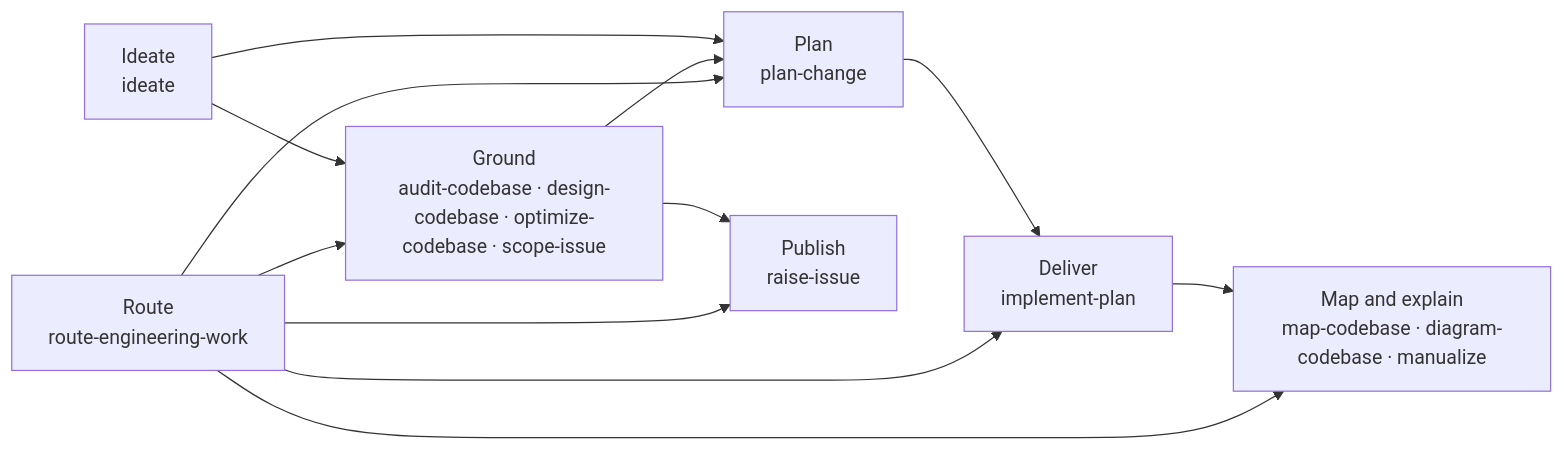
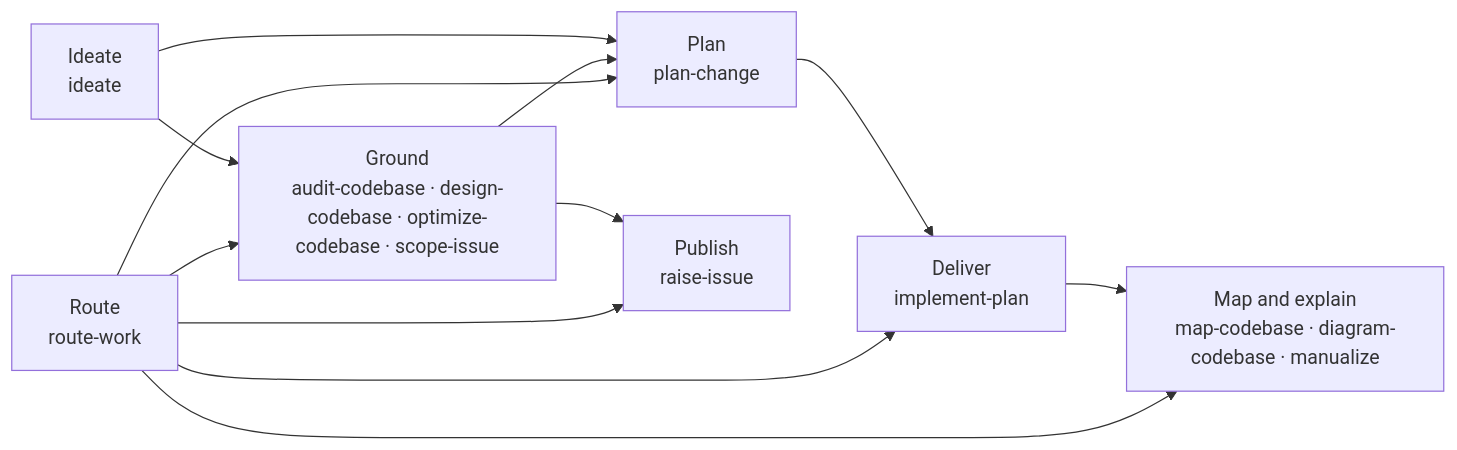
One commit to akshay-diwadkar/skills changed the diagram in README.md. Above: the diagram before and after it, drawn with Mermaid. The commit also changed other lines of this file and 26 other files, not shown here.

Commit message:
feat(routing): rename route-engineering-work to route-work and add route-handoff artifact

````diff
--- a/README.md
+++ b/README.md
@@ -57,20 +62,20 @@
 ```mermaid
 flowchart LR
-    R["Route<br/>route-engineering-work"]
+    R["Route<br/>route-work"]
     A["Ground<br/>audit-codebase · design-codebase · optimize-codebase · scope-issue"]
     B["Plan<br/>plan-change"]
     C["Deliver<br/>implement-plan"]
     D["Map and explain<br/>map-codebase · diagram-codebase · manualize"]
     P["Publish<br/>raise-issue"]
     I["Ideate<br/>ideate"]
 
     R --> A
     R --> B
     R --> C
     R --> D
     R --> P
     A --> B --> C --> D
     A --> P
     I --> A
     I --> B
 ```
````
